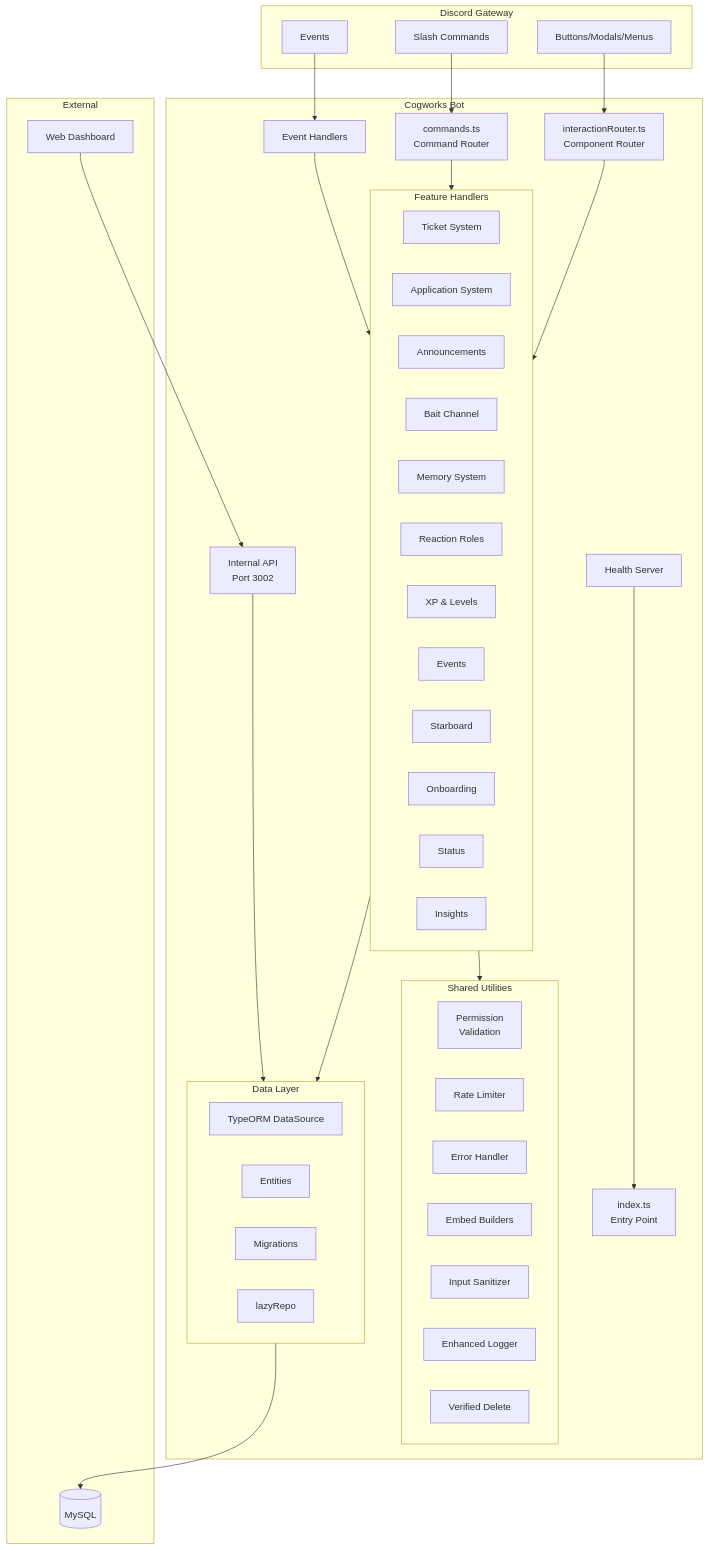
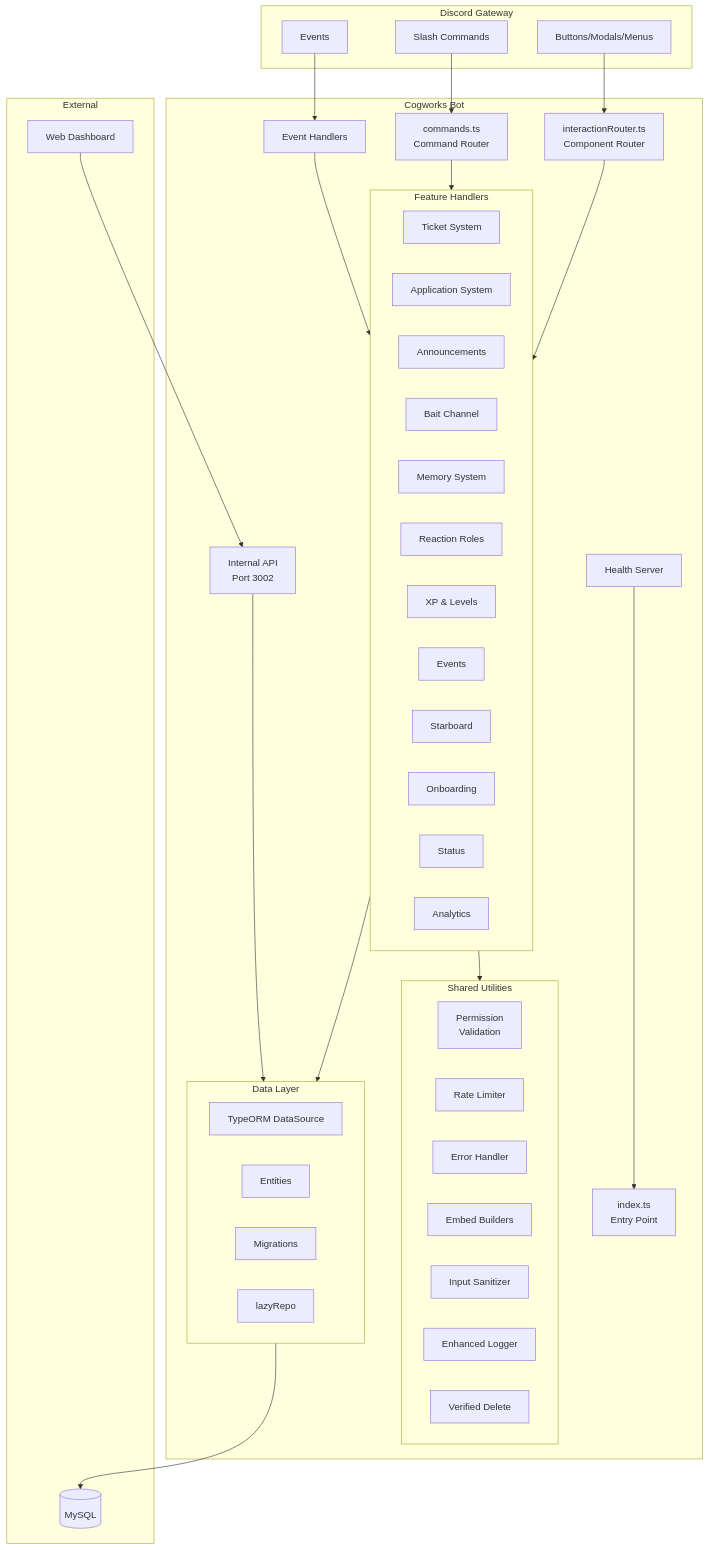
One commit to NindroidA/cogworks-bot changed the first of 5 diagrams in ARCHITECTURE.md. Above: the diagram before and after it, drawn with Mermaid. The commit also changed 36 other files, not shown here.

First line of the commit message:
chore: v3.16.3 — /insights→/analytics rename + setup file moves + lang types (#36)

````diff
--- a/ARCHITECTURE.md
+++ b/ARCHITECTURE.md
@@ -5,71 +5,71 @@
 ```mermaid
 graph TB
     subgraph Discord["Discord Gateway"]
         Events[Events]
         Commands[Slash Commands]
         Components[Buttons/Modals/Menus]
     end
 
     subgraph Bot["Cogworks Bot"]
         Index[index.ts<br/>Entry Point]
         Router[commands.ts<br/>Command Router]
         EventHandlers[Event Handlers]
         InteractionRouter[interactionRouter.ts<br/>Component Router]
 
         subgraph Features["Feature Handlers"]
             Tickets[Ticket System]
             Apps[Application System]
             Announce[Announcements]
             BaitCh[Bait Channel]
             Memory[Memory System]
             RR[Reaction Roles]
             XP[XP & Levels]
             Events2[Events]
             Star[Starboard]
             Onboard[Onboarding]
             Status[Status]
-            Insights[Insights]
+            Analytics[Analytics]
         end
 
         subgraph Utils["Shared Utilities"]
             Validation[Permission<br/>Validation]
             RateLimit[Rate Limiter]
             ErrorHandler[Error Handler]
             EmbedBuilders[Embed Builders]
             Sanitizer[Input Sanitizer]
             Logger[Enhanced Logger]
             VerifiedDelete[Verified Delete]
         end
 
         subgraph Data["Data Layer"]
             TypeORM[TypeORM DataSource]
             Entities[Entities]
             Migrations[Migrations]
             LazyRepo[lazyRepo]
         end
 
         API[Internal API<br/>Port 3002]
         Health[Health Server]
     end
 
     subgraph External["External"]
         MySQL[(MySQL)]
         Dashboard[Web Dashboard]
     end
 
     Commands --> Router
     Events --> EventHandlers
     Components --> InteractionRouter
 
     Router --> Features
     EventHandlers --> Features
     InteractionRouter --> Features
 
     Features --> Utils
     Features --> Data
     API --> Data
 
     Data --> MySQL
     Dashboard --> API
     Health --> Index
 ```
````
